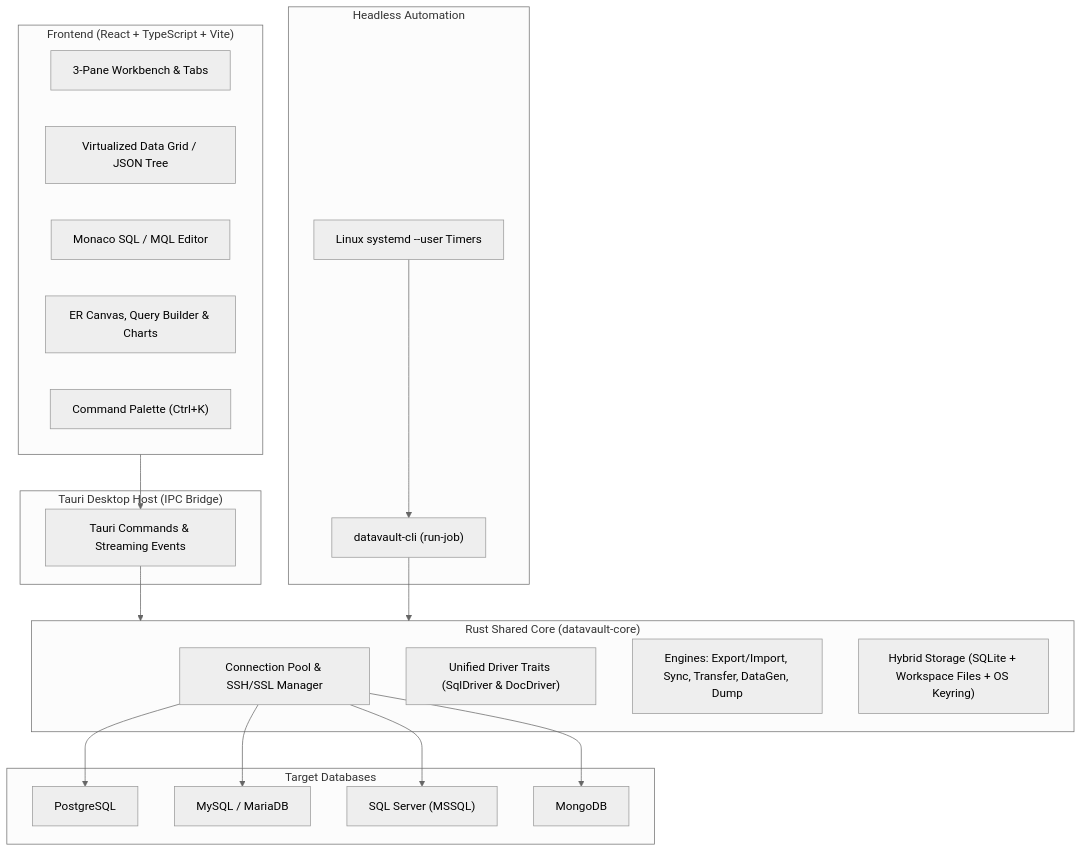
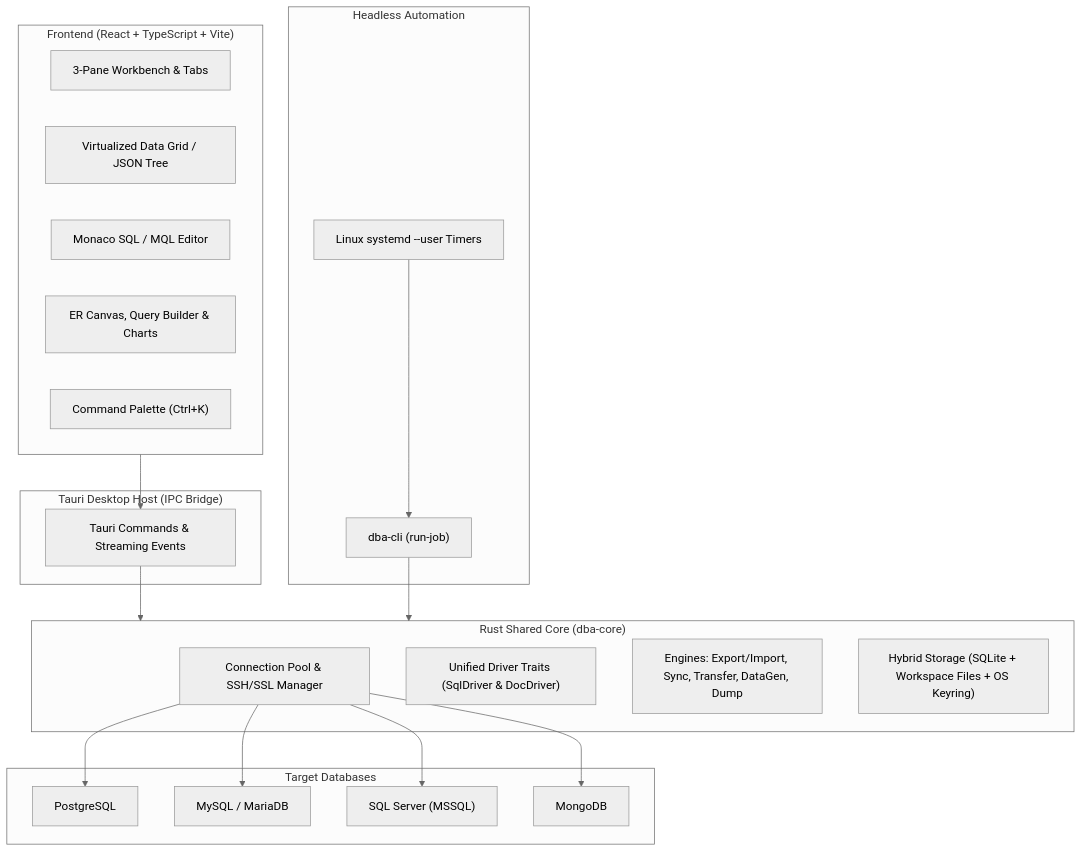
The diagram in doc/PRD.md (sudrajad02/dba), drawn with Mermaid (neutral theme) before and after one commit. The commit also changed other lines of this file and 59 other files, not shown here.

Commit message:
chore: rename remaining datavault references to DBa and add release workflow

````diff
--- a/doc/PRD.md
+++ b/doc/PRD.md
@@ -31,42 +31,42 @@
 ```mermaid
 flowchart TD
     subgraph UI["Frontend (React + TypeScript + Vite)"]
         WB["3-Pane Workbench & Tabs"]
         GRID["Virtualized Data Grid / JSON Tree"]
         ED["Monaco SQL / MQL Editor"]
         VIS["ER Canvas, Query Builder & Charts"]
         CMD["Command Palette (Ctrl+K)"]
     end
 
     subgraph TAURI["Tauri Desktop Host (IPC Bridge)"]
         IPC["Tauri Commands & Streaming Events"]
     end
 
-    subgraph CORE["Rust Shared Core (datavault-core)"]
+    subgraph CORE["Rust Shared Core (dba-core)"]
         CONN["Connection Pool & SSH/SSL Manager"]
         DRV["Unified Driver Traits (SqlDriver & DocDriver)"]
         ENG["Engines: Export/Import, Sync, Transfer, DataGen, Dump"]
         STORE["Hybrid Storage (SQLite + Workspace Files + OS Keyring)"]
     end
 
     subgraph CLI["Headless Automation"]
-        RUNNER["datavault-cli (run-job)"]
+        RUNNER["dba-cli (run-job)"]
         SYSD["Linux systemd --user Timers"]
     end
 
     subgraph DBS["Target Databases"]
         PG["PostgreSQL"]
         MY["MySQL / MariaDB"]
         MS["SQL Server (MSSQL)"]
         MG["MongoDB"]
     end
 
     UI --> IPC
     IPC --> CORE
     SYSD --> RUNNER
     RUNNER --> CORE
     CONN --> PG
     CONN --> MY
     CONN --> MS
     CONN --> MG
 ```
````
